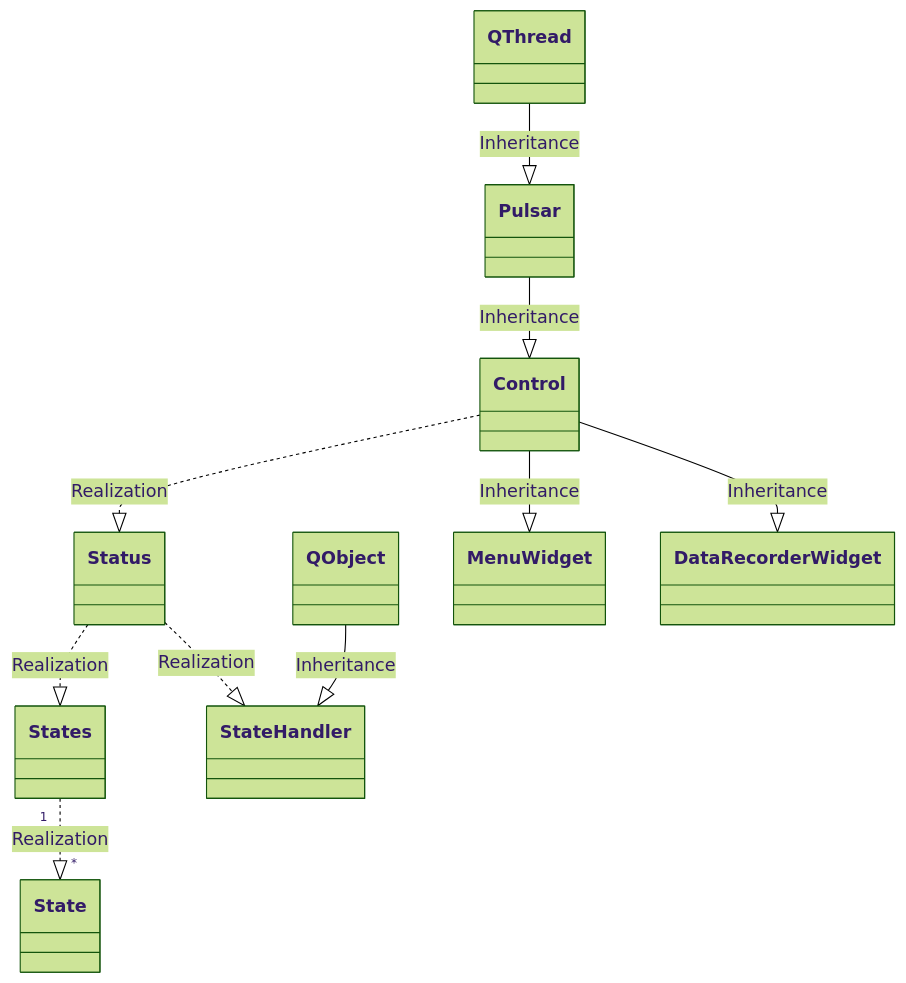
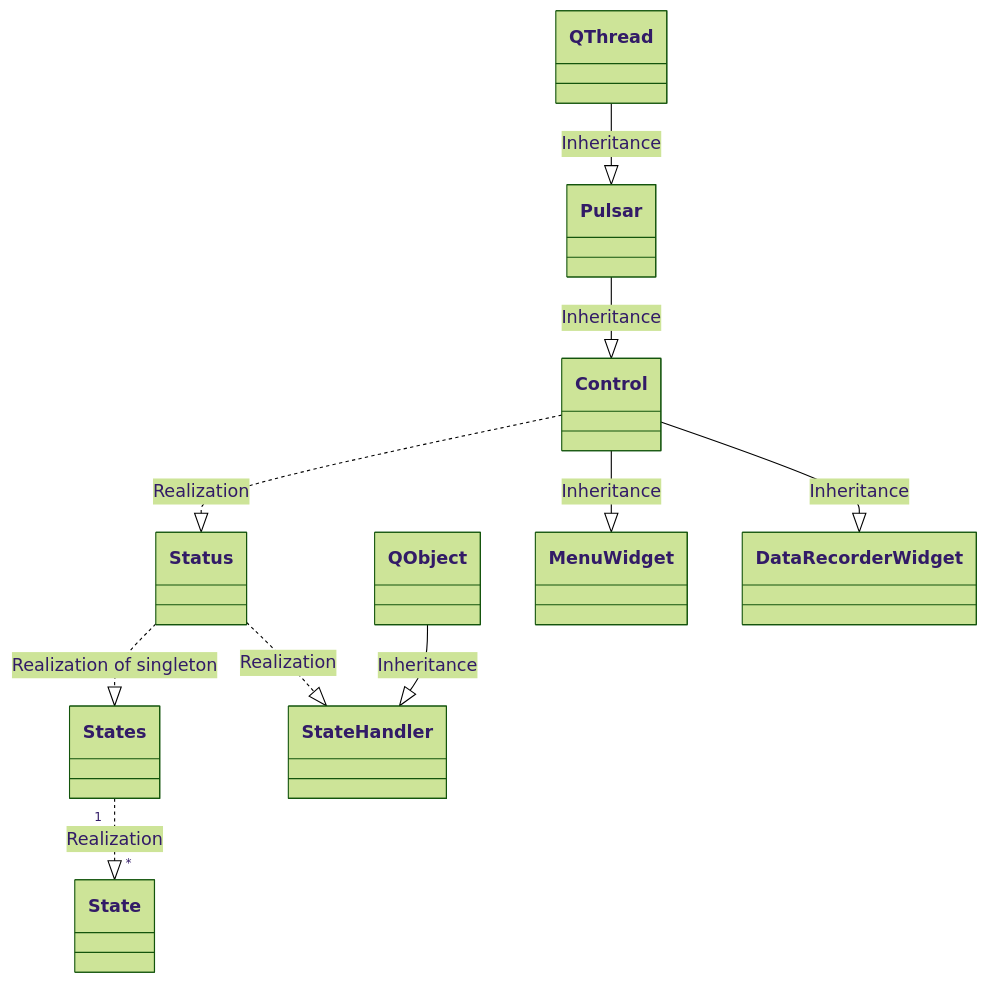
Before and after one commit to tud-hri/joan: the diagram in README.md, drawn with Mermaid (forest theme). The commit also changed other lines of this file and 12 other files, not shown here.

````diff
--- a/README.md
+++ b/README.md
@@ -27,24 +32,22 @@
 ```mermaid
     classDiagram
         class Status
         class State
         class States
         class StateHandler
         class Pulsar
         class QObject
         class QThread
         class MenuWidget
         class DataRecorderWidget
 
         States "1" ..|> "*" State : Realization
-        Status ..|> States : Realization
+        Status ..|> States : Realization of singleton
         Status ..|> StateHandler : Realization
         QObject --|> StateHandler : Inheritance
         QThread --|> Pulsar : Inheritance
         Pulsar --|> Control : Inheritance
         Control ..|> Status : Realization
         Control --|> MenuWidget : Inheritance
         Control  --|> DataRecorderWidget : Inheritance
-      
-
 ```
````
